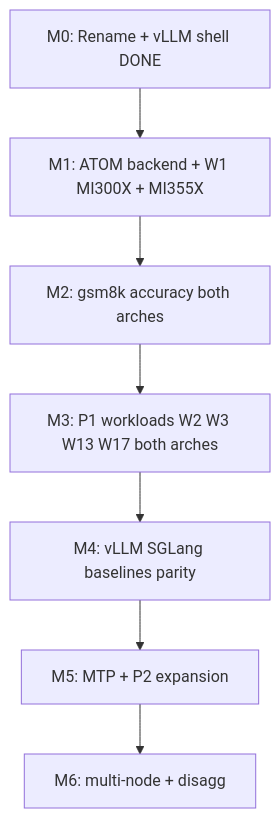
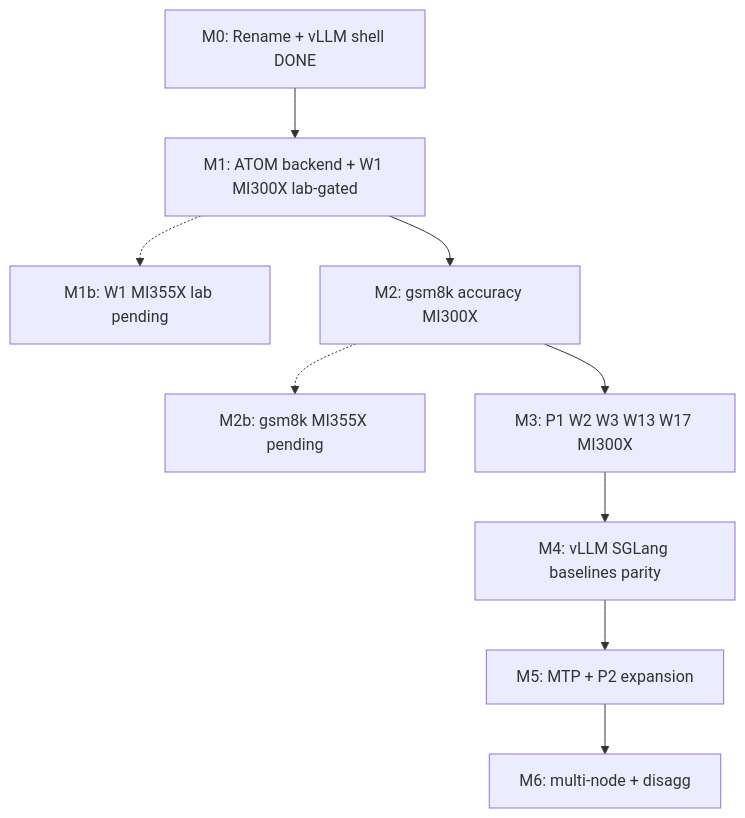
Before and after one commit to ROCm/cvs: the fifth of 6 diagrams in plans/inferencex-atom-cvs-automation-plan.md, drawn with Mermaid. The commit also changed other lines of this file, not shown here.

First line of the commit message:
docs(plan): MI355X lab pending without blocking MI300X spine.

````diff
--- a/plans/inferencex-atom-cvs-automation-plan.md
+++ b/plans/inferencex-atom-cvs-automation-plan.md
@@ -501,11 +513,15 @@
 ```mermaid
 flowchart TB
   M0["M0: Rename + vLLM shell DONE"]
-  M1["M1: ATOM backend + W1 MI300X + MI355X"]
-  M2["M2: gsm8k accuracy both arches"]
-  M3["M3: P1 workloads W2 W3 W13 W17 both arches"]
+  M1["M1: ATOM backend + W1 MI300X lab-gated"]
+  M1P["M1b: W1 MI355X lab pending"]
+  M2["M2: gsm8k accuracy MI300X"]
+  M2P["M2b: gsm8k MI355X pending"]
+  M3["M3: P1 W2 W3 W13 W17 MI300X"]
   M4["M4: vLLM SGLang baselines parity"]
   M5["M5: MTP + P2 expansion"]
   M6["M6: multi-node + disagg"]
   M0 --> M1 --> M2 --> M3 --> M4 --> M5 --> M6
+  M1 -.-> M1P
+  M2 -.-> M2P
 ```
````
